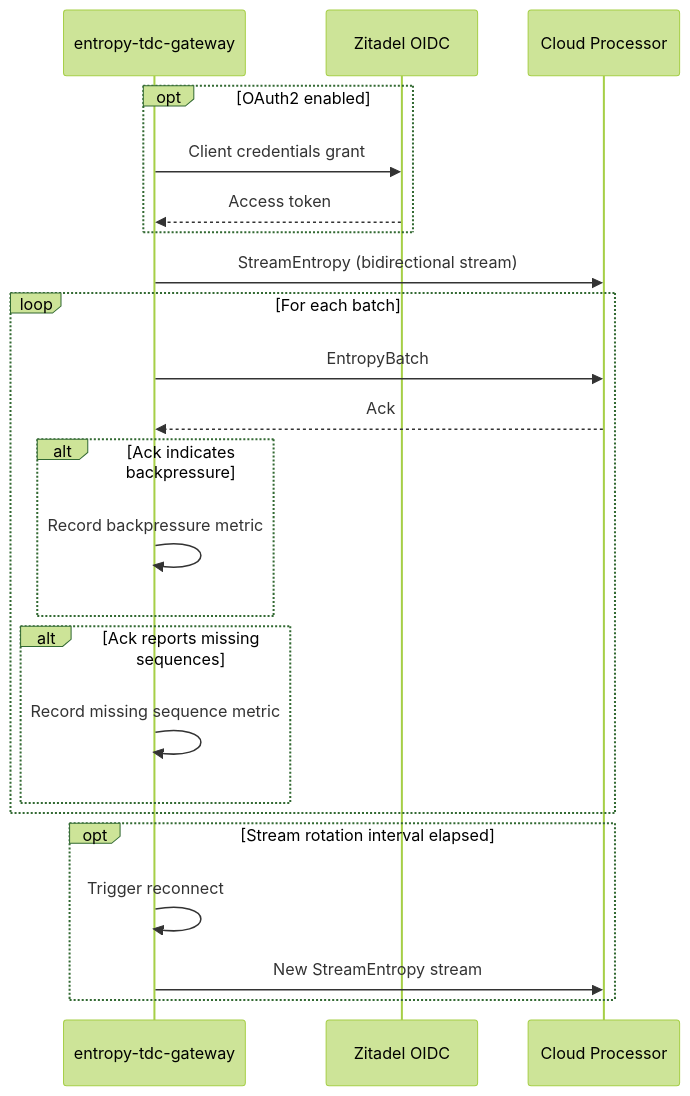
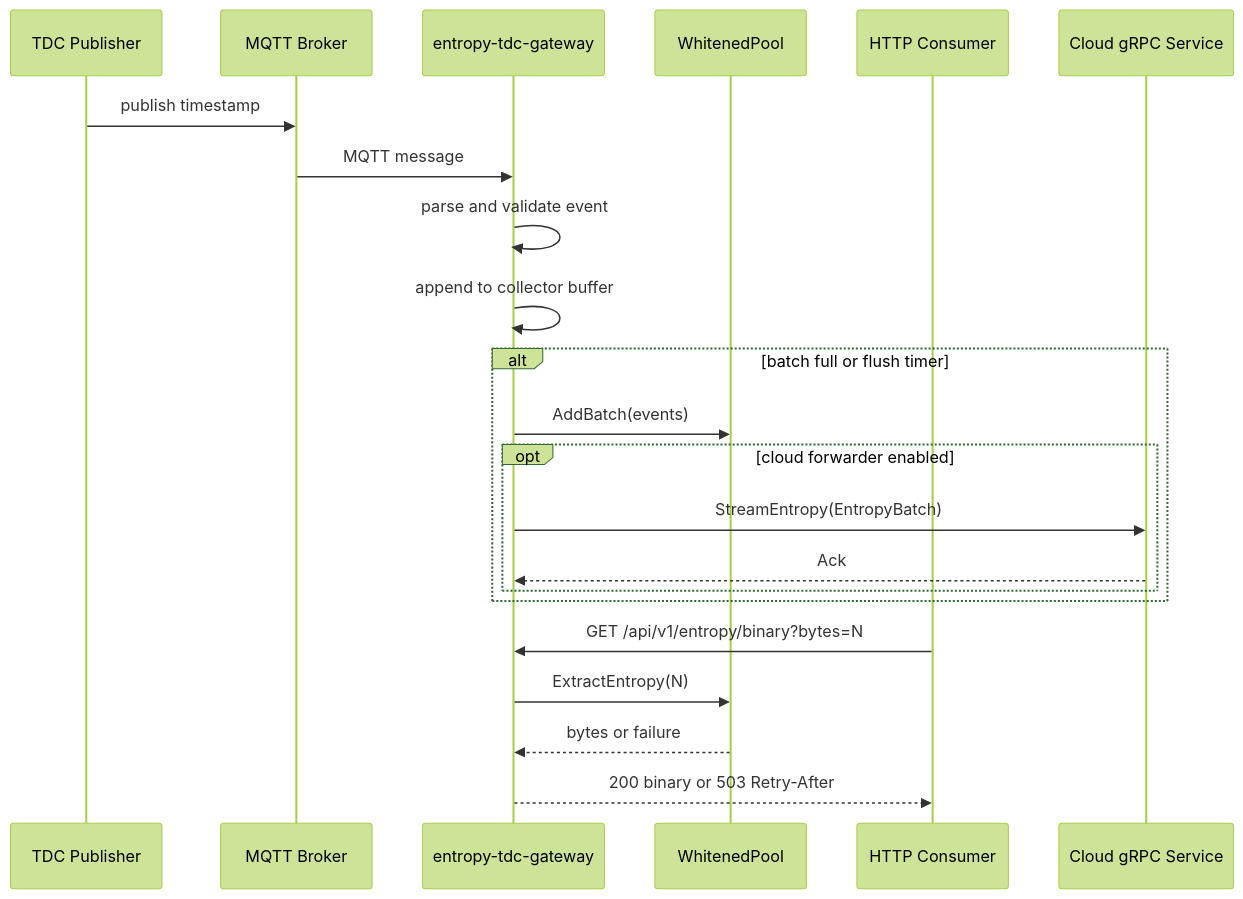
One commit to AmmannChristian/entropy-tdc-gateway changed the third of 3 diagrams in docs/architecture.md. Above: the diagram before and after it, drawn with Mermaid (forest theme). The commit also changed other lines of this file and 14 other files, not shown here.

````diff
--- a/docs/architecture.md
+++ b/docs/architecture.md
@@ -371,31 +207,27 @@
 ```mermaid
 sequenceDiagram
-    participant GW as entropy-tdc-gateway
-    participant ZITADEL as Zitadel OIDC
-    participant CLOUD as Cloud Processor
+    participant T as TDC Publisher
+    participant B as MQTT Broker
+    participant G as entropy-tdc-gateway
+    participant P as WhitenedPool
+    participant H as HTTP Consumer
+    participant C as Cloud gRPC Service
 
-    opt OAuth2 enabled
-        GW->>ZITADEL: Client credentials grant
-        ZITADEL-->>GW: Access token
-    end
+    T->>B: publish timestamp
+    B->>G: MQTT message
+    G->>G: parse and validate event
+    G->>G: append to collector buffer
 
-    GW->>CLOUD: StreamEntropy (bidirectional stream)
-
-    loop For each batch
-        GW->>CLOUD: EntropyBatch
-        CLOUD-->>GW: Ack
-
-        alt Ack indicates backpressure
-            GW->>GW: Record backpressure metric
-        end
-
-        alt Ack reports missing sequences
-            GW->>GW: Record missing sequence metric
+    alt batch full or flush timer
+        G->>P: AddBatch(events)
+        opt cloud forwarder enabled
+            G->>C: StreamEntropy(EntropyBatch)
+            C-->>G: Ack
         end
     end
 
-    opt Stream rotation interval elapsed
-        GW->>GW: Trigger reconnect
-        GW->>CLOUD: New StreamEntropy stream
-    end
+    H->>G: GET /api/v1/entropy/binary?bytes=N
+    G->>P: ExtractEntropy(N)
+    P-->>G: bytes or failure
+    G-->>H: 200 binary or 503 Retry-After
 ```
````
